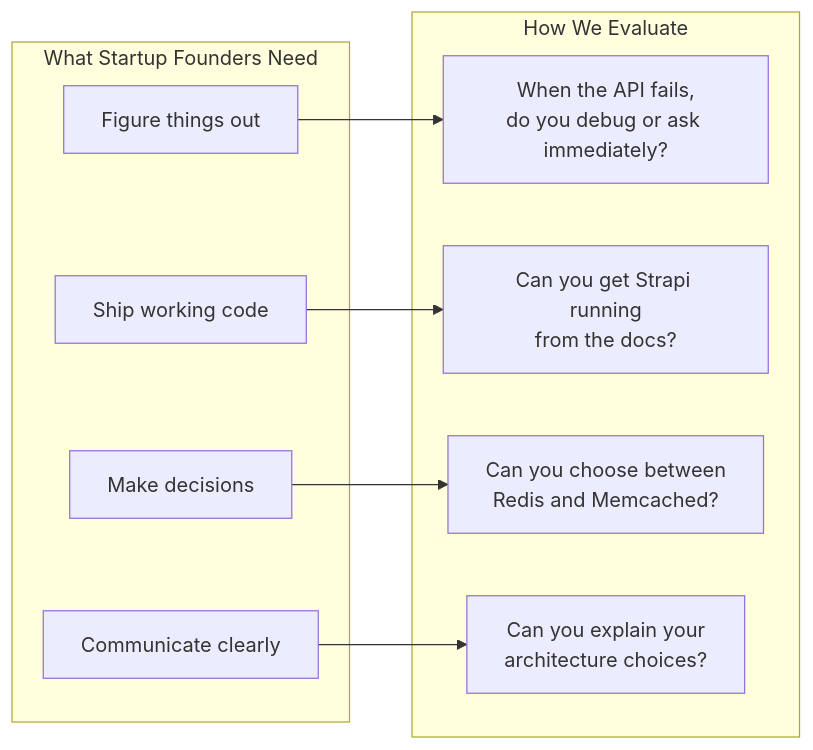
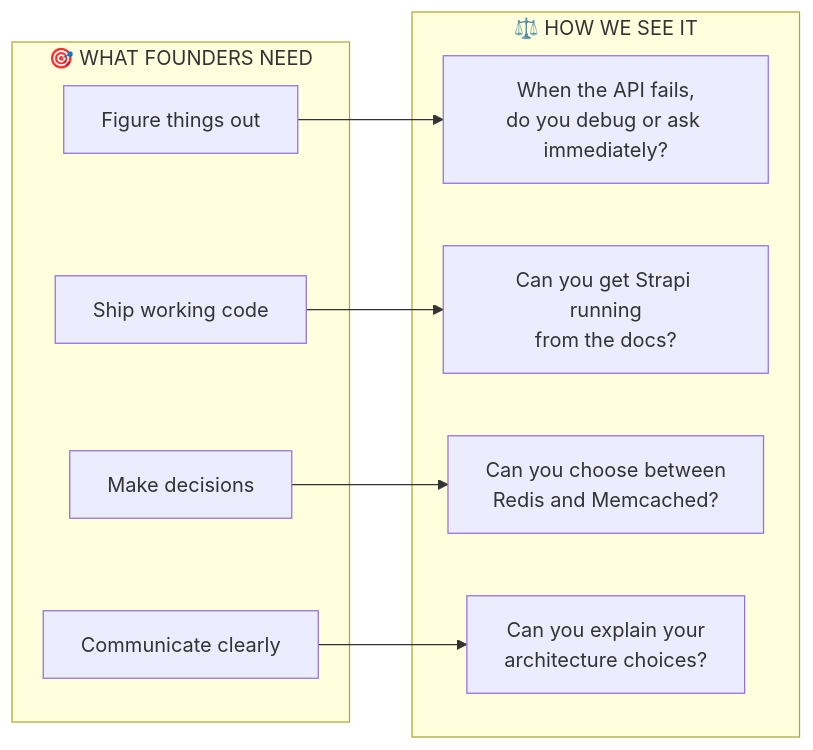
The third of 5 diagrams in DevOps/04-Internship/01-Before-You-Begin.md (PearlThoughtsInternship/Internship-Obsidian-Vault), drawn with Mermaid before and after one commit. The commit also changed other lines of this file and 1 other file, not shown here.

````diff
--- a/DevOps/04-Internship/01-Before-You-Begin.md
+++ b/DevOps/04-Internship/01-Before-You-Begin.md
@@ -87,21 +138,21 @@
 ```mermaid
 flowchart LR
-    subgraph Skills["What Startup Founders Need"]
+    subgraph Qualities["🎯 WHAT FOUNDERS NEED"]
         S1["Figure things out"]
         S2["Ship working code"]
         S3["Make decisions"]
         S4["Communicate clearly"]
     end
 
-    subgraph Questions["How We Evaluate"]
+    subgraph Test["⚖️ HOW WE SEE IT"]
         Q1["When the API fails,<br/>do you debug or ask immediately?"]
         Q2["Can you get Strapi running<br/>from the docs?"]
         Q3["Can you choose between<br/>Redis and Memcached?"]
         Q4["Can you explain your<br/>architecture choices?"]
     end
 
     S1 --> Q1
     S2 --> Q2
     S3 --> Q3
     S4 --> Q4
 ```
````
